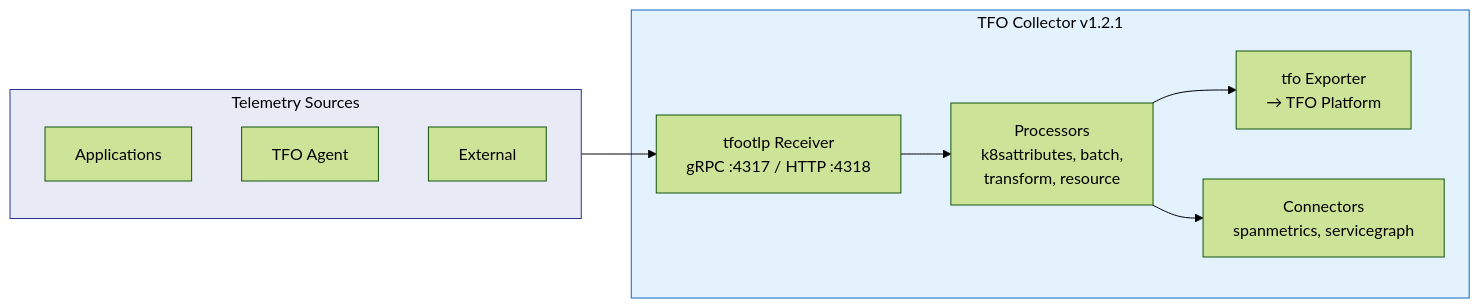
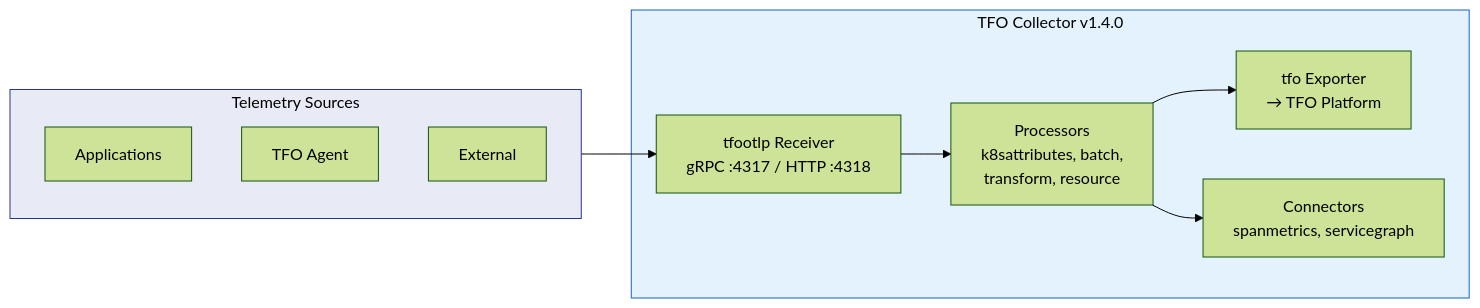
Before and after one commit to telemetryflow/telemetryflow-overview: the third of 12 diagrams in README.md, drawn with Mermaid (forest theme). The commit also changed other lines of this file and 11 other files, not shown here.

````diff
--- a/README.md
+++ b/README.md
@@ -306,22 +306,22 @@
 ```mermaid
 flowchart LR
     subgraph Sources["Telemetry Sources"]
         APP["Applications"]
         AGENT["TFO Agent"]
         EXT["External"]
     end
 
-    subgraph Collector["TFO Collector v1.2.1"]
+    subgraph Collector["TFO Collector v1.4.0"]
         RCV["tfootlp Receiver<br/>gRPC :4317 / HTTP :4318"]
         PROC["Processors<br/>k8sattributes, batch,<br/>transform, resource"]
         EXP_TFO["tfo Exporter<br/>→ TFO Platform"]
         CONN["Connectors<br/>spanmetrics, servicegraph"]
     end
 
     Sources --> RCV --> PROC
     PROC --> EXP_TFO
     PROC --> CONN
 
     style Sources fill:#e8eaf6,stroke:#283593,color:#000
     style Collector fill:#e3f2fd,stroke:#1565c0,color:#000
 ```
````
